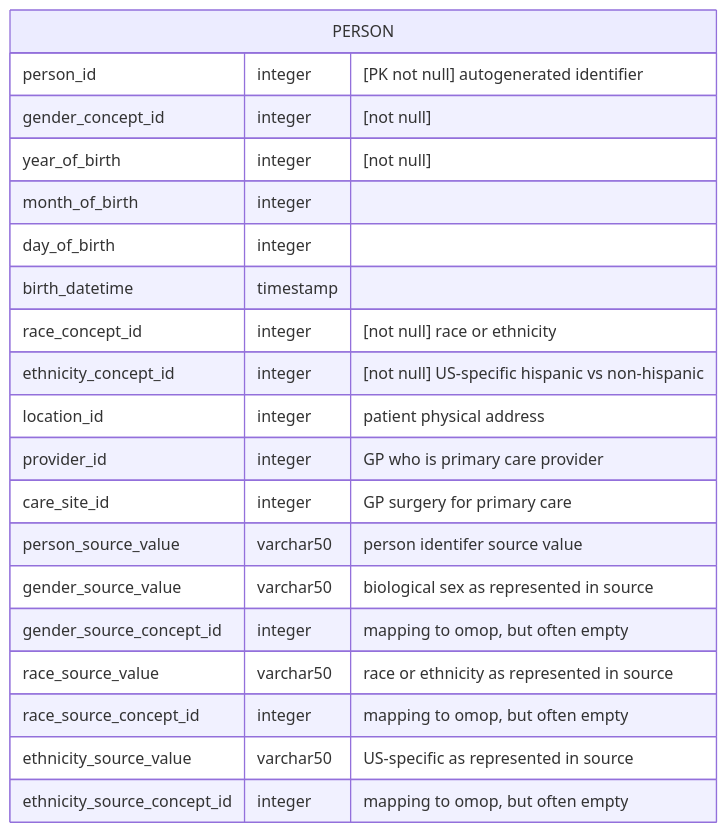
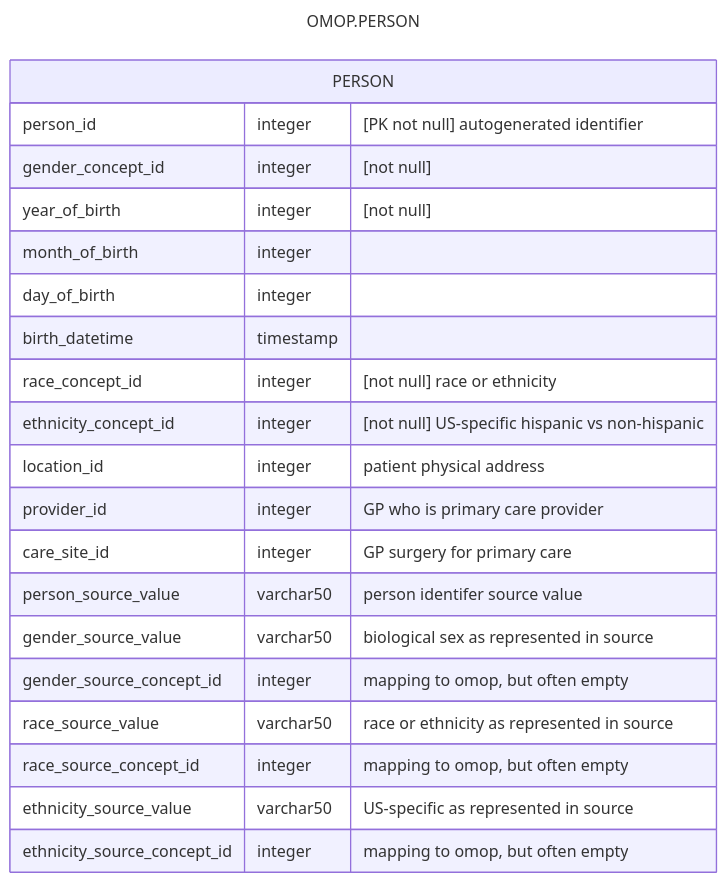
Before and after one commit to d3london/sde_aic_external_docs: the first of 2 diagrams in pages/data_model/cdm_person.qmd, drawn with Mermaid. The commit also changed other lines of this file and 4 other files, not shown here.

Commit message:
updated diagram labelling

````diff
--- a/pages/data_model/cdm_person.qmd
+++ b/pages/data_model/cdm_person.qmd
@@ -6,23 +6,26 @@
 ```{mermaid}
+---
+title: OMOP.PERSON
+---
 erDiagram
     PERSON {
         person_id integer "[PK not null] autogenerated identifier"
         gender_concept_id integer "[not null]"
         year_of_birth integer "[not null]"
         month_of_birth integer
         day_of_birth integer
         birth_datetime timestamp
         race_concept_id integer "[not null] race or ethnicity"
         ethnicity_concept_id integer "[not null] US-specific hispanic vs non-hispanic"
         location_id integer "patient physical address"
         provider_id integer "GP who is primary care provider"
         care_site_id integer "GP surgery for primary care"
         person_source_value varchar50 "person identifer source value"
         gender_source_value varchar50 "biological sex as represented in source"
         gender_source_concept_id integer "mapping to omop, but often empty"
         race_source_value varchar50 "race or ethnicity as represented in source"
         race_source_concept_id integer "mapping to omop, but often empty"
         ethnicity_source_value varchar50 "US-specific as represented in source"
         ethnicity_source_concept_id integer "mapping to omop, but often empty"
     }
 ```
````
